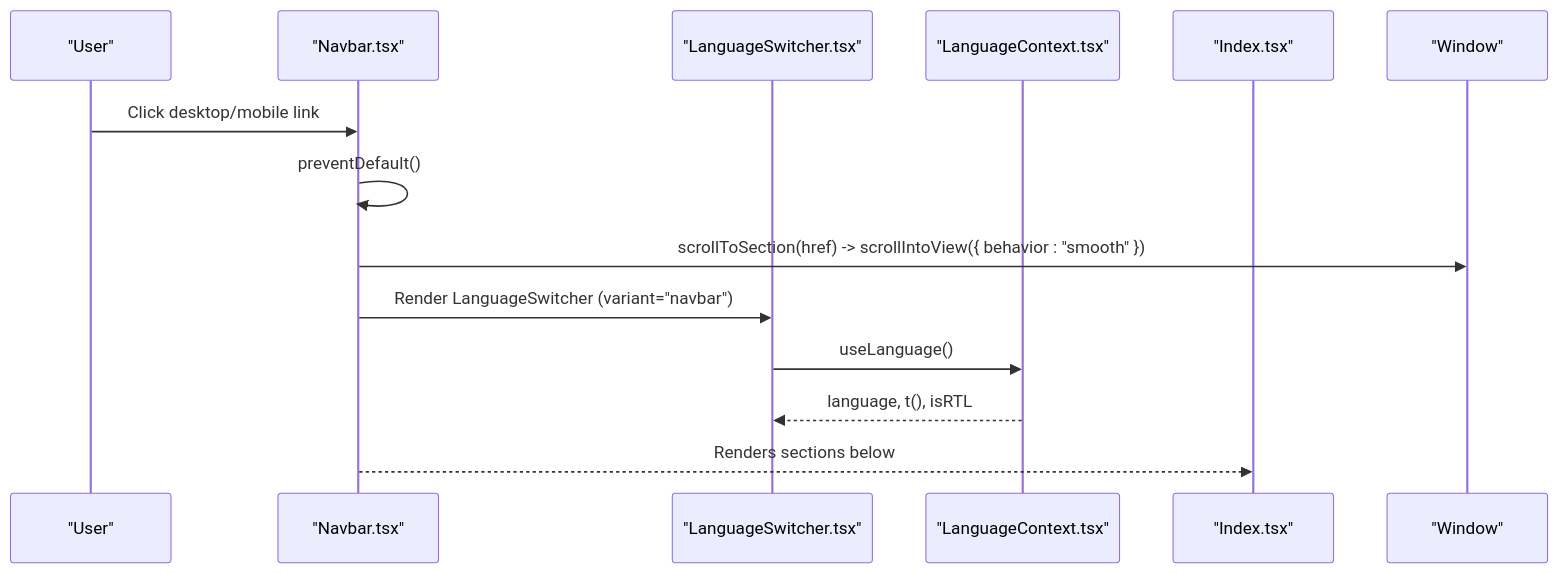
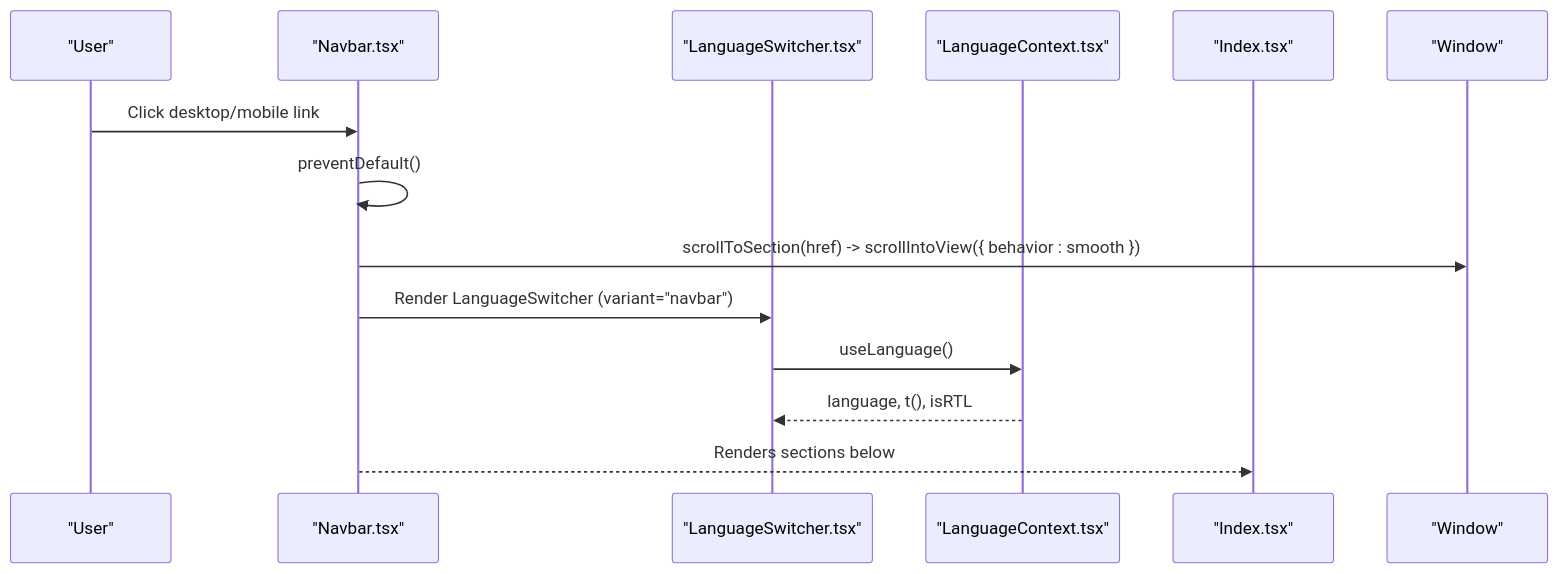
One commit to mohjak/sc-dof changed the second of 5 diagrams in .qoder/repowiki/en/content/Routing & Navigation/Navigation Components/Navigation Components.md. Above: the diagram before and after it, drawn with Mermaid. The commit also changed other lines of this file and 68 other files, not shown here.

First line of the commit message:
docs(docs): update component architecture docs with markdown formatting fixes

````diff
--- a/.qoder/repowiki/en/content/Routing & Navigation/Navigation Components/Navigation Components.md
+++ b/.qoder/repowiki/en/content/Routing & Navigation/Navigation Components/Navigation Components.md
@@ -91,16 +89,16 @@
 ```mermaid
 sequenceDiagram
 participant User as "User"
 participant Navbar as "Navbar.tsx"
 participant Lang as "LanguageSwitcher.tsx"
 participant LangCtx as "LanguageContext.tsx"
 participant Page as "Index.tsx"
 participant Window as "Window"
 User->>Navbar : Click desktop/mobile link
 Navbar->>Navbar : preventDefault()
-Navbar->>Window : scrollToSection(href) -> scrollIntoView({ behavior : "smooth" })
+Navbar->>Window : scrollToSection(href) -> scrollIntoView({ behavior : smooth })
 Navbar->>Lang : Render LanguageSwitcher (variant="navbar")
 Lang->>LangCtx : useLanguage()
 LangCtx-->>Lang : language, t(), isRTL
 Navbar-->>Page : Renders sections below
 ```
````
